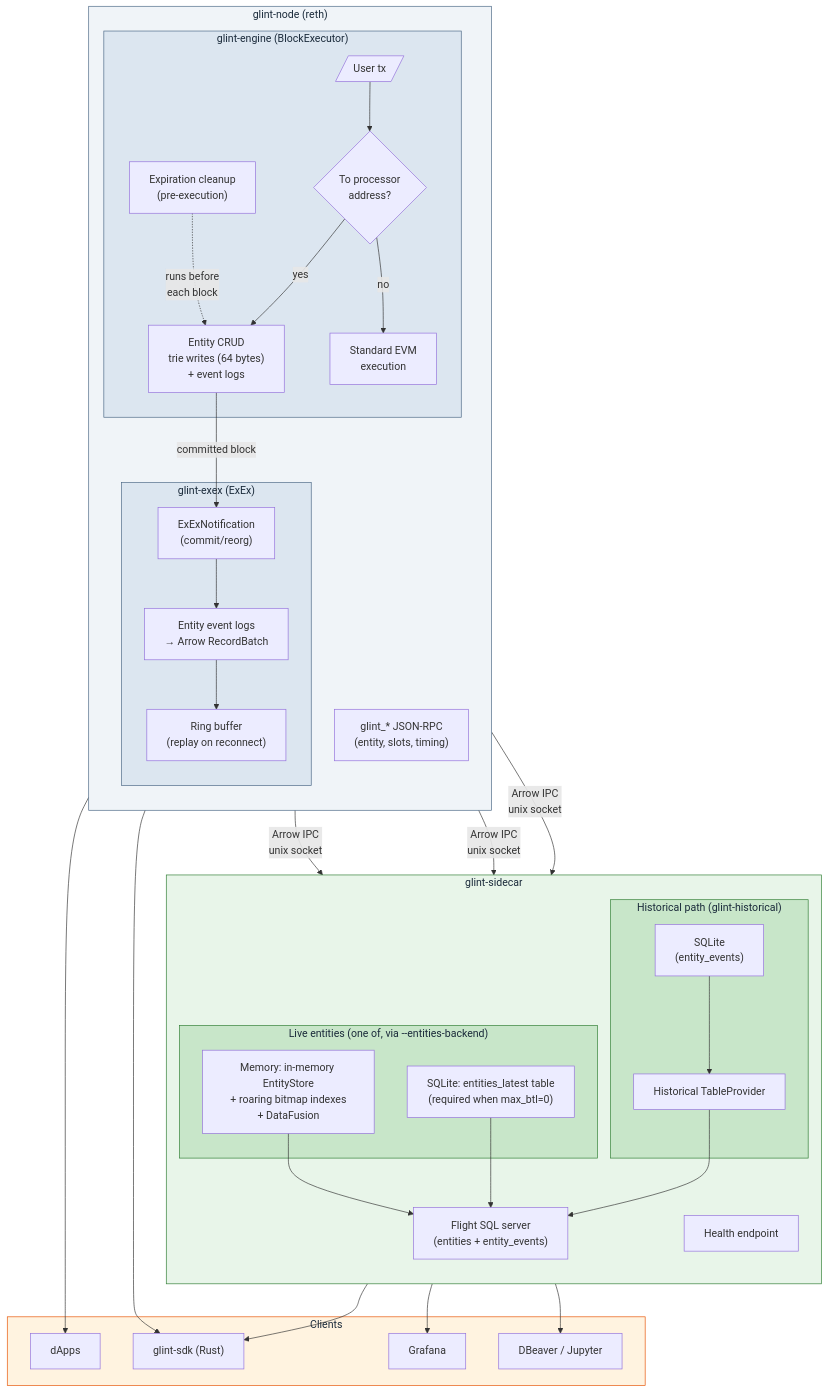
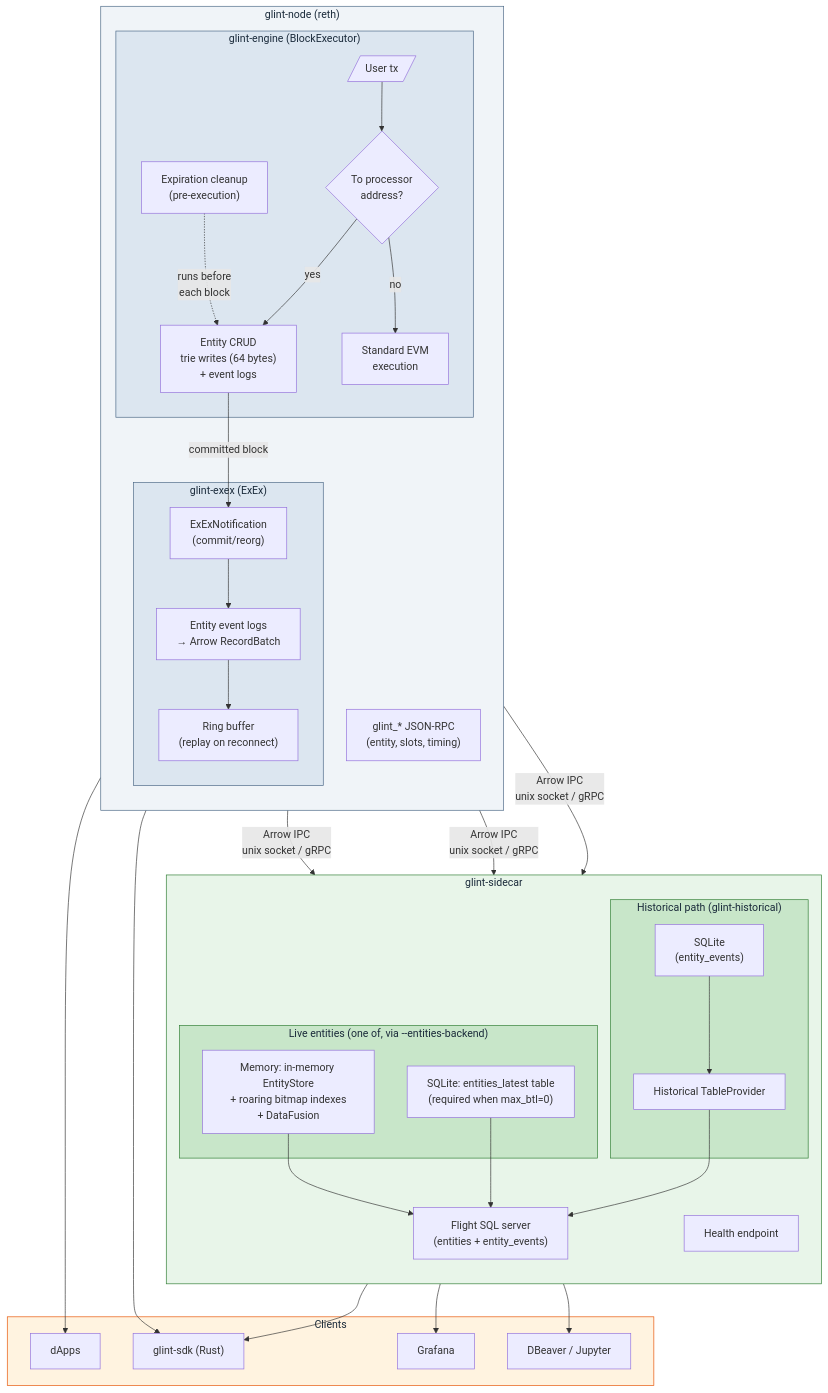
One commit to vaporif/mote changed the diagram in README.md. Above: the diagram before and after it, drawn with Mermaid. The commit also changed other lines of this file and 36 other files, not shown here.

````diff
--- a/README.md
+++ b/README.md
@@ -144,78 +144,78 @@
 ```mermaid
 graph TB
     subgraph node["glint-node (reth)"]
         direction TB
 
         subgraph engine["glint-engine (BlockExecutor)"]
             tx_in[/"User tx"/]
             check{To processor<br/>address?}
             crud["Entity CRUD<br/>trie writes (64 bytes)<br/>+ event logs"]
             evm["Standard EVM<br/>execution"]
             expire["Expiration cleanup<br/>(pre-execution)"]
 
             tx_in --> check
             check -->|yes| crud
             check -->|no| evm
             expire -.->|runs before<br/>each block| crud
         end
 
         subgraph exex["glint-exex (ExEx)"]
             notify["ExExNotification<br/>(commit/reorg)"]
             arrow["Entity event logs<br/>→ Arrow RecordBatch"]
             ring["Ring buffer<br/>(replay on reconnect)"]
             notify --> arrow
             arrow --> ring
         end
 
         rpc_node["glint_* JSON-RPC<br/>(entity, slots, timing)"]
 
         crud -->|committed block| notify
     end
 
     subgraph sidecar["glint-sidecar"]
         direction TB
 
         subgraph live["Live entities (one of, via --entities-backend)"]
             mem_store["Memory: in-memory EntityStore<br/>+ roaring bitmap indexes<br/>+ DataFusion"]
             sql_store["SQLite: entities_latest table<br/>(required when max_btl=0)"]
         end
 
         subgraph hist["Historical path (glint-historical)"]
             sqlite["SQLite<br/>(entity_events)"]
             hist_prov["Historical TableProvider"]
             sqlite --> hist_prov
         end
 
         flight["Flight SQL server<br/>(entities + entity_events)"]
         health["Health endpoint"]
 
         mem_store --> flight
         sql_store --> flight
         hist_prov --> flight
     end
 
-    ring -->|Arrow IPC<br/>unix socket| mem_store
-    ring -->|Arrow IPC<br/>unix socket| sql_store
-    ring -->|Arrow IPC<br/>unix socket| sqlite
+    ring -->|Arrow IPC<br/>unix socket / gRPC| mem_store
+    ring -->|Arrow IPC<br/>unix socket / gRPC| sql_store
+    ring -->|Arrow IPC<br/>unix socket / gRPC| sqlite
 
     subgraph clients["Clients"]
         sdk["glint-sdk (Rust)"]
         grafana["Grafana"]
         dbeaver["DBeaver / Jupyter"]
         app["dApps"]
     end
 
     flight --> sdk
     flight --> grafana
     flight --> dbeaver
     rpc_node --> app
     rpc_node --> sdk
 
     style node fill:#f0f4f8,stroke:#4a6785,color:#1a2a3a
     style engine fill:#dce6f0,stroke:#4a6785,color:#1a2a3a
     style exex fill:#dce6f0,stroke:#4a6785,color:#1a2a3a
     style sidecar fill:#e8f5e9,stroke:#2e7d32,color:#1a2a3a
     style live fill:#c8e6c9,stroke:#2e7d32,color:#1a2a3a
     style hist fill:#c8e6c9,stroke:#2e7d32,color:#1a2a3a
     style clients fill:#fff3e0,stroke:#e65100,color:#1a2a3a
 ```
````
